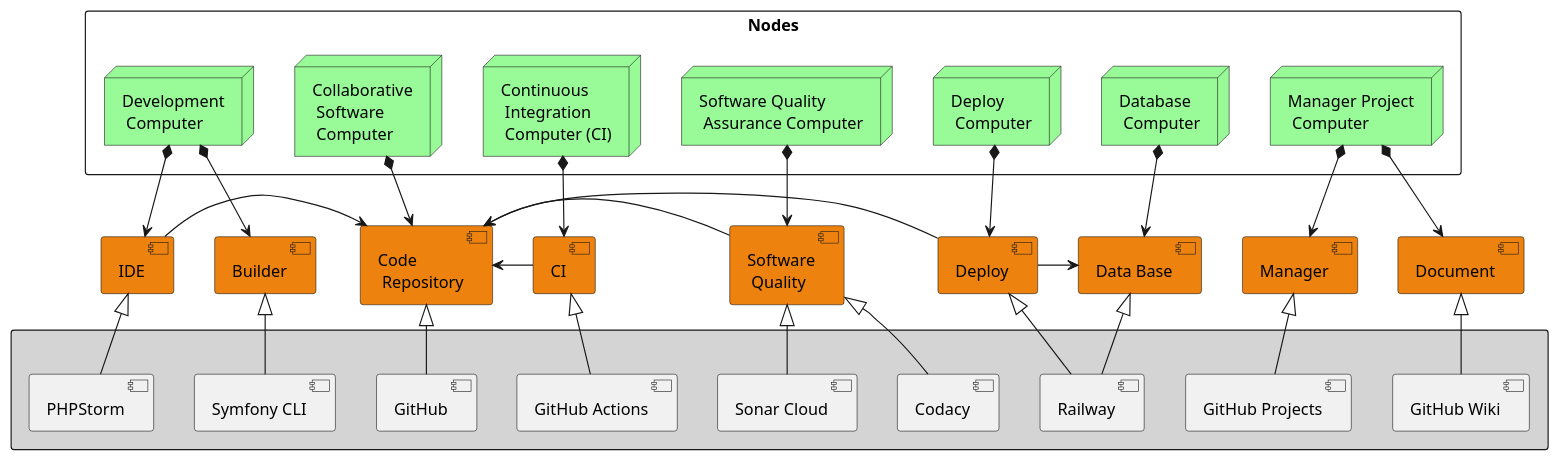
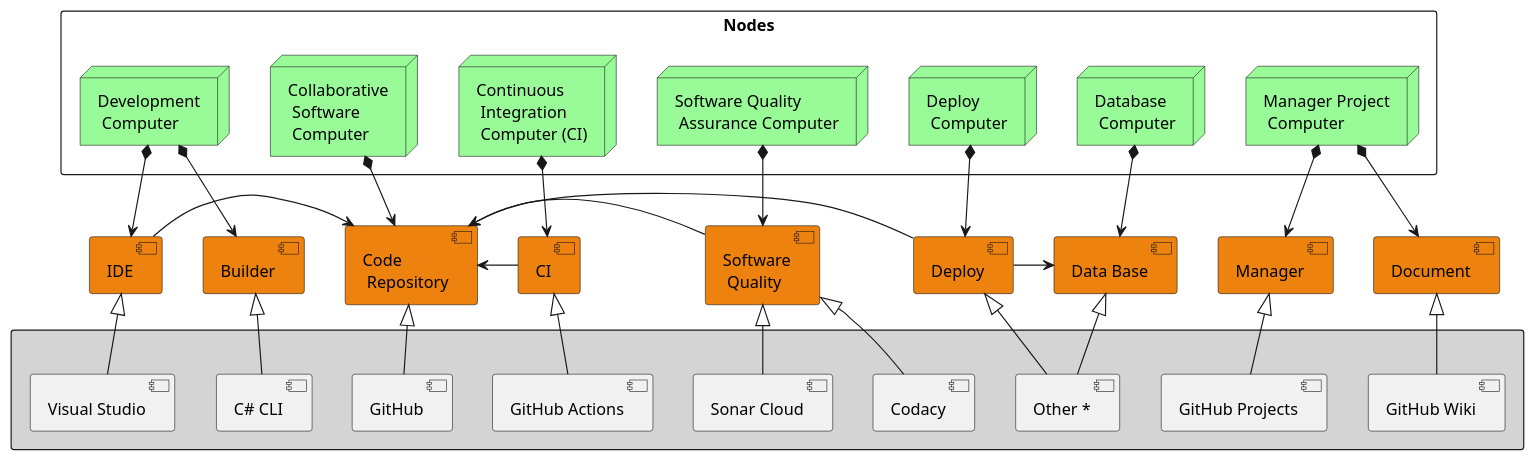
Before and after one commit to wsmcbl/wsmcbl.doc: the diagram in ProcessView/Ecosystem/Ecosystem.puml, drawn with PlantUML. The commit also changed 5 other files, not shown here.

```diff
--- a/ProcessView/Ecosystem/Ecosystem.puml
+++ b/ProcessView/Ecosystem/Ecosystem.puml
@@ -1,75 +1,75 @@
 @startuml
 skinparam BackgroundColor transparent
 
 skinparam packageStyle rectangle
 skinparam node {
     BackgroundColor PaleGreen
 }
 
 package "Nodes" {
     node "Development\n Computer"
     node "Collaborative\n Software\n Computer"
     node "Continuous\n Integration\n Computer (CI)"
     node "Software Quality\n Assurance Computer"
     node "Deploy\n Computer"
     node "Database\n Computer"
     node "Manager Project\n Computer"
 }
 
 
 component Builder #ED820E
 component IDE #ED820E
 component "Code\n Repository" #ED820E
 component CI #ED820E
 component "Software\n Quality" #ED820E
 component Deploy #ED820E
 component "Data Base" #ED820E
 component Manager #ED820E
 component Document #ED820E
 
 
 package " " #D4D4D4 {
-    component "Symfony CLI"
-    component PHPStorm
+    component "C# CLI"
+    component "Visual Studio"
     component GitHub
     component "GitHub Actions"
     component "Sonar Cloud"
     component Codacy
-    component Railway
+    component "Other *"
     component "GitHub Wiki"
     component "GitHub Projects"
 }
 
 
 "Development\n Computer" *--> [Builder]
 "Development\n Computer" *--> [IDE]
 "Collaborative\n Software\n Computer" *-->[Code\n Repository]
 "Continuous\n Integration\n Computer (CI)" *--> [CI]
 "Software Quality\n Assurance Computer" *--> [Software\n Quality]
 "Deploy\n Computer" *--> [Deploy]
 "Database\n Computer" *--> [Data Base]
 "Manager Project\n Computer" *--> [Manager]
 "Manager Project\n Computer" *--> [Document]
 
 
 [IDE] -> [Code\n Repository]
 [CI] -left-> [Code\n Repository]
 [Software\n Quality] -left-> [Code\n Repository]
 [Deploy] -left-> [Code\n Repository]
 [Deploy] -> [Data Base]
 
-[Symfony CLI] -up-|> [Builder]
-[PHPStorm] -up-|> [IDE]
+[C# CLI] -up-|> [Builder]
+[Visual Studio] -up-|> [IDE]
 [GitHub] -up-|> [Code\n Repository]
 [GitHub Actions] -up-|> [CI]
 [Sonar Cloud] -up-|> [Software\n Quality]
 [Codacy] -up-|> [Software\n Quality]
-[Railway] -up-|> [Deploy]
-[Railway] -up-|> [Data Base]
+[Other *] -up-|> [Deploy]
+[Other *] -up-|> [Data Base]
 [GitHub Projects] -up-|> [Manager]
 [GitHub Wiki] -up-|> [Document]
 
 '[GitHub Actions] ..> [Sonar Cloud]
 '[GitHub Actions] ..> [Railway]
 
 @enduml
```
